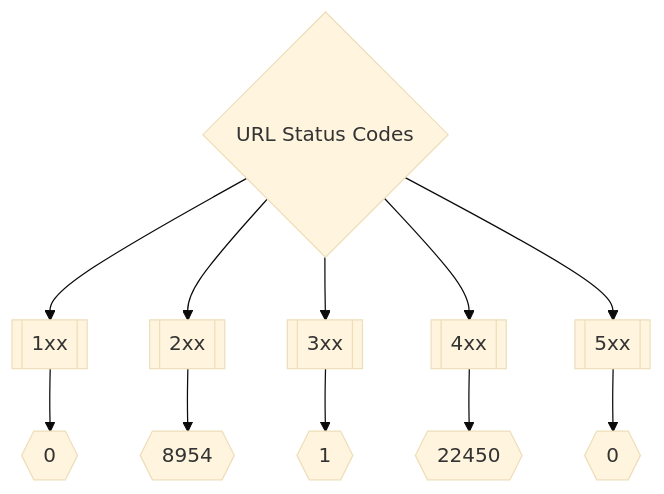
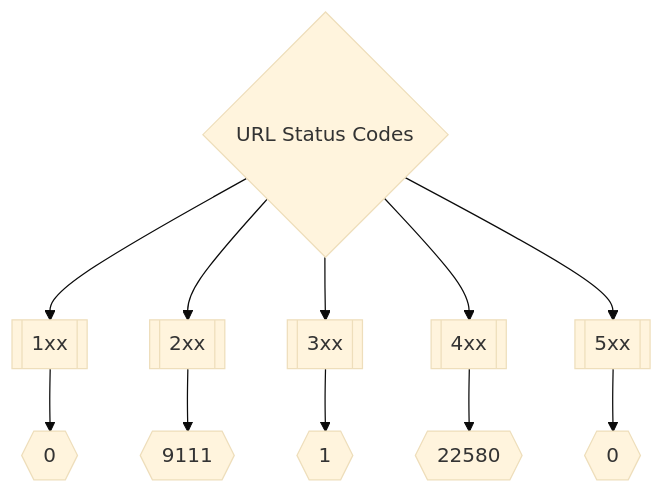
Before and after one commit to trickest/inventory: the second of 3 diagrams in README.md, drawn with Mermaid (base theme). The commit also changed other lines of this file, not shown here.

Commit message:
Update Wed Mar  9 16:32:11 UTC 2022

````diff
--- a/README.md
+++ b/README.md
@@ -173,8 +173,8 @@
 ```mermaid
 graph TD
 title{URL Status Codes} --> 1xx[[1xx]] --> status1xxNum{{0}}
-title --> 2xx[[2xx]] --> status2xxNum{{8954}}
+title --> 2xx[[2xx]] --> status2xxNum{{9111}}
 title --> 3xx[[3xx]] --> status3xxNum{{1}}
-title --> 4xx[[4xx]] --> status4xxNum{{22450}}
+title --> 4xx[[4xx]] --> status4xxNum{{22580}}
 title --> 5xx[[5xx]] --> status5xxNum{{0}}
 ```
````
